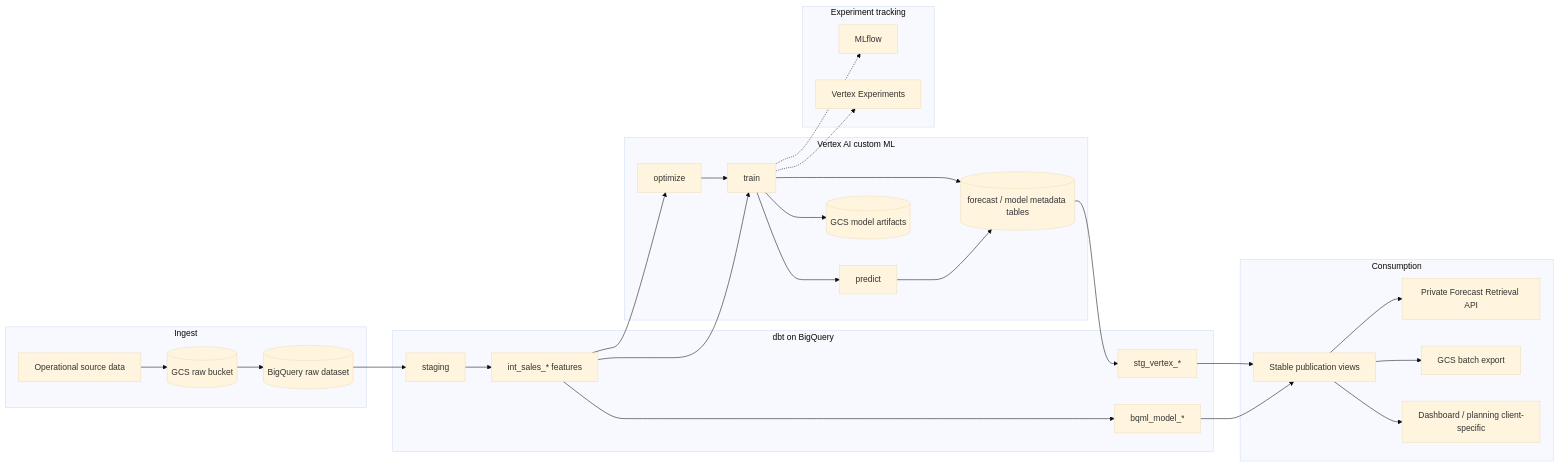
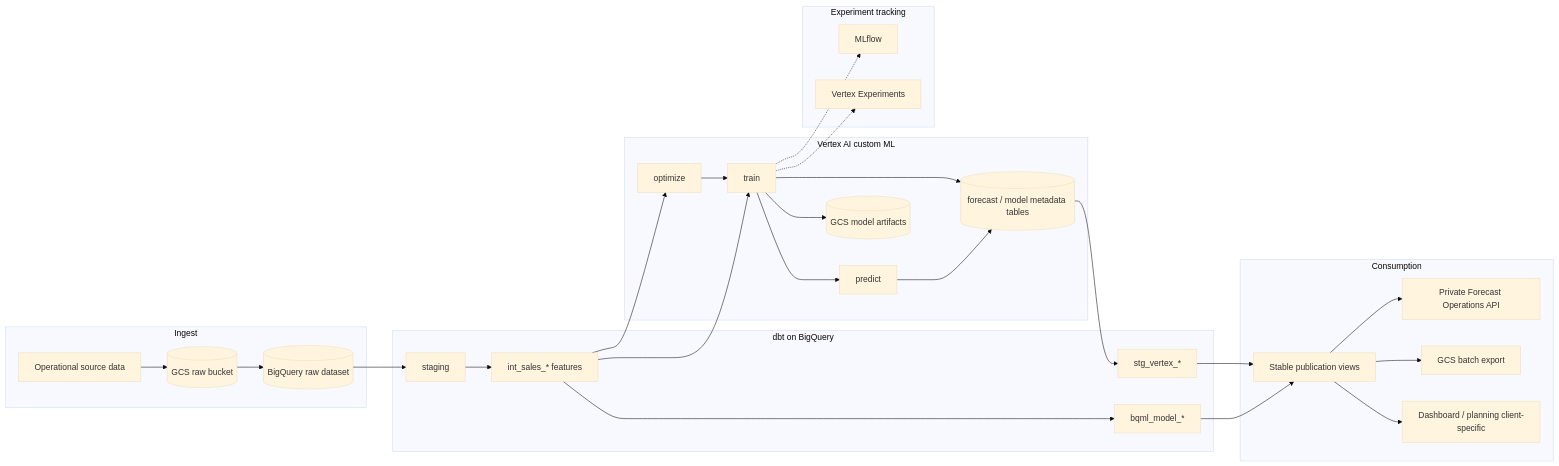
Before and after one commit to the-datastrategist/tds-dbt-favorita: the first of 5 diagrams in docs/reference_architecture.md, drawn with Mermaid (base theme). The commit also changed 66 other files, not shown here.

````diff
--- a/docs/reference_architecture.md
+++ b/docs/reference_architecture.md
@@ -28,51 +28,51 @@
 ```mermaid
 flowchart LR
   subgraph Ingest
     Source[Operational source data]
     GCS[(GCS raw bucket)]
     BQRaw[(BigQuery raw dataset)]
     Source --> GCS --> BQRaw
   end
 
   subgraph dbt["dbt on BigQuery"]
     Stg[staging]
     Int[int_sales_* features]
     BQML[bqml_model_*]
     StgVertex[stg_vertex_*]
     BQRaw --> Stg --> Int
     Int --> BQML
   end
 
   subgraph Vertex["Vertex AI custom ML"]
     Train[train]
     Opt[optimize]
     Pred[predict]
     GCSModels[(GCS model artifacts)]
     BQMeta[(forecast / model metadata tables)]
     Int --> Train
     Int --> Opt --> Train --> Pred
     Train --> GCSModels
     Train --> BQMeta
     Pred --> BQMeta
   end
 
   subgraph Track["Experiment tracking"]
     MLflow[MLflow]
     VExp[Vertex Experiments]
     Train -.-> MLflow
     Train -.-> VExp
   end
 
   BQMeta --> StgVertex
   subgraph Consume["Consumption"]
     Published[Stable publication views]
-    API[Private Forecast Retrieval API]
+    API[Private Forecast Operations API]
     Export[GCS batch export]
     BI[Dashboard / planning client-specific]
     StgVertex --> Published
     BQML --> Published
     Published --> API
     Published --> Export
     Published --> BI
   end
 ```
````
